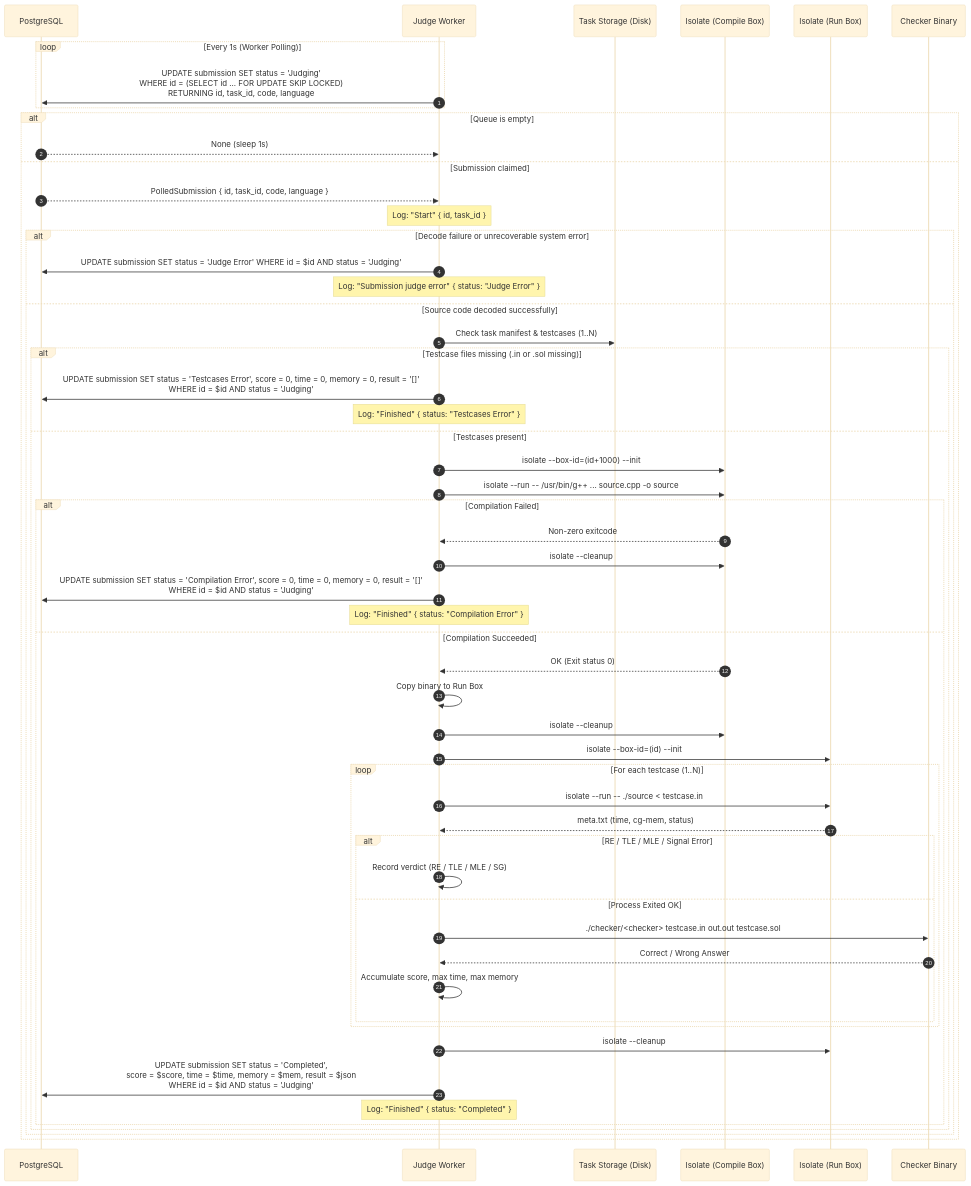
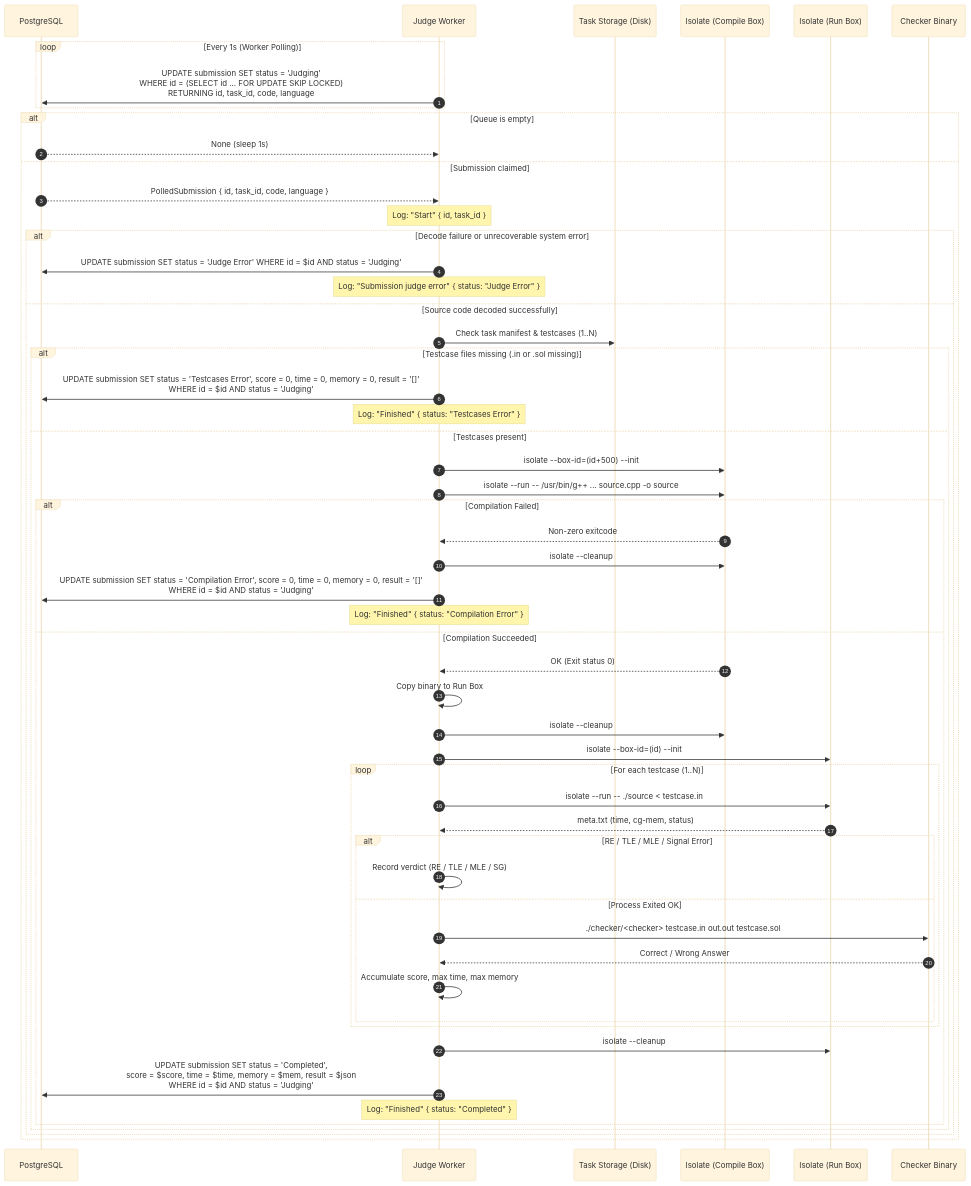
One commit to chawinkn/judge-ma-di changed the second of 2 diagrams in docs/architecture.md. Above: the diagram before and after it, drawn with Mermaid (base theme). The commit also changed other lines of this file and 2 other files, not shown here.

Commit message:
docs: update architecture and deployment docs

````diff
--- a/docs/architecture.md
+++ b/docs/architecture.md
@@ -45,69 +45,69 @@
 ```mermaid
 sequenceDiagram
     autonumber
     participant DB as PostgreSQL
     participant W as Judge Worker
     participant FS as Task Storage (Disk)
     participant CB as Isolate (Compile Box)
     participant RB as Isolate (Run Box)
     participant CK as Checker Binary
 
     loop Every 1s (Worker Polling)
         W->>DB: UPDATE submission SET status = 'Judging'<br/>WHERE id = (SELECT id ... FOR UPDATE SKIP LOCKED)<br/>RETURNING id, task_id, code, language
     end
 
     alt Queue is empty
         DB-->>W: None (sleep 1s)
     else Submission claimed
         DB-->>W: PolledSubmission { id, task_id, code, language }
         Note over W: Log: "Start" { id, task_id }
         
         alt Decode failure or unrecoverable system error
             W->>DB: UPDATE submission SET status = 'Judge Error' WHERE id = $id AND status = 'Judging'
             Note over W: Log: "Submission judge error" { status: "Judge Error" }
         else Source code decoded successfully
             W->>FS: Check task manifest & testcases (1..N)
             alt Testcase files missing (.in or .sol missing)
                 W->>DB: UPDATE submission SET status = 'Testcases Error', score = 0, time = 0, memory = 0, result = '[]'<br/>WHERE id = $id AND status = 'Judging'
                 Note over W: Log: "Finished" { status: "Testcases Error" }
             else Testcases present
                 %% Step 1: Sandboxed Compilation
-                W->>CB: isolate --box-id=(id+1000) --init
+                W->>CB: isolate --box-id=(id+500) --init
                 W->>CB: isolate --run -- /usr/bin/g++ ... source.cpp -o source
                 
                 alt Compilation Failed
                     CB-->>W: Non-zero exitcode
                     W->>CB: isolate --cleanup
                     W->>DB: UPDATE submission SET status = 'Compilation Error', score = 0, time = 0, memory = 0, result = '[]'<br/>WHERE id = $id AND status = 'Judging'
                     Note over W: Log: "Finished" { status: "Compilation Error" }
                 else Compilation Succeeded
                     CB-->>W: OK (Exit status 0)
                     W->>W: Copy binary to Run Box
                     W->>CB: isolate --cleanup
 
                     %% Step 2: Testcase Evaluation
                     W->>RB: isolate --box-id=(id) --init
 
                     loop For each testcase (1..N)
                         W->>RB: isolate --run -- ./source < testcase.in
                         RB-->>W: meta.txt (time, cg-mem, status)
                         
                         alt RE / TLE / MLE / Signal Error
                             W->>W: Record verdict (RE / TLE / MLE / SG)
                         else Process Exited OK
                             W->>CK: ./checker/<checker> testcase.in out.out testcase.sol
                             CK-->>W: Correct / Wrong Answer
                             W->>W: Accumulate score, max time, max memory
                         end
                     end
 
                     W->>RB: isolate --cleanup
 
                     %% Step 3: Writeback
                     W->>DB: UPDATE submission SET status = 'Completed',<br/>score = $score, time = $time, memory = $mem, result = $json<br/>WHERE id = $id AND status = 'Judging'
                     Note over W: Log: "Finished" { status: "Completed" }
                 end
             end
         end
     end
 ```
````
